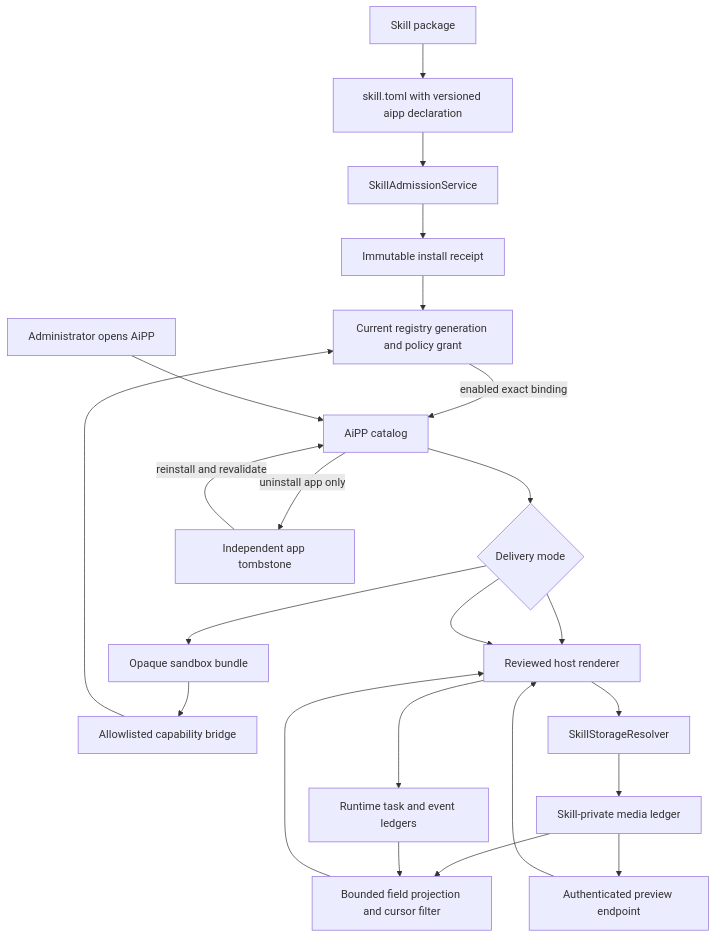
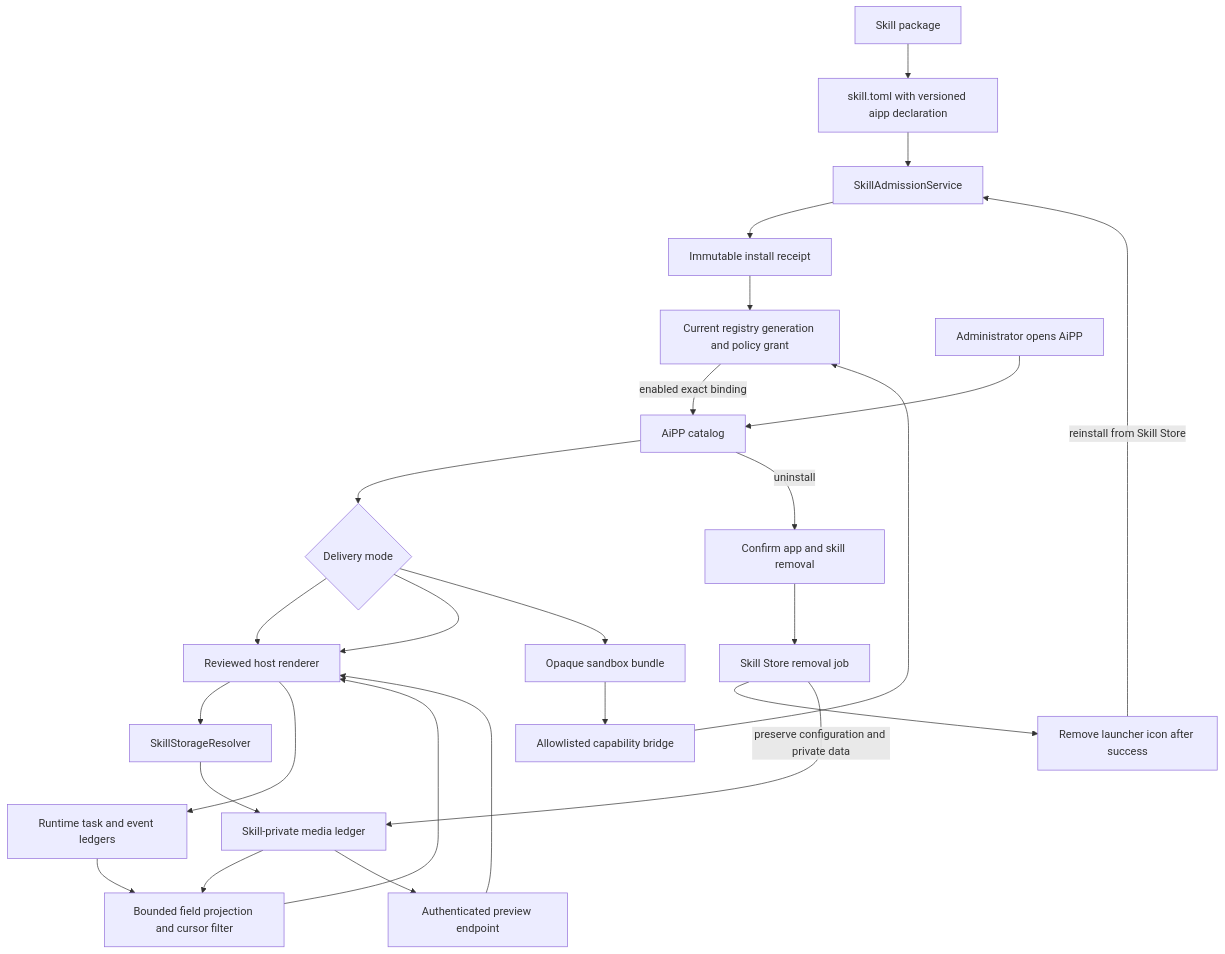
Before and after one commit to MatrixCoreX/RustClaw: the diagram in docs/architecture/14-aipp-skill-companions.md, drawn with Mermaid. The commit also changed other lines of this file and 14 other files, not shown here.

Commit message:
fix(ui): uninstall AiAPP with its skill and remove launcher icon

````diff
--- a/docs/architecture/14-aipp-skill-companions.md
+++ b/docs/architecture/14-aipp-skill-companions.md
@@ -54,30 +54,33 @@
 ```mermaid
 flowchart TD
     P[Skill package]
     M[skill.toml with versioned aipp declaration]
     A[SkillAdmissionService]
     R[Immutable install receipt]
     G[Current registry generation and policy grant]
     C[AiPP catalog]
     U[Administrator opens AiPP]
     H{Delivery mode}
     HR[Reviewed host renderer]
     SB[Opaque sandbox bundle]
     CB[Allowlisted capability bridge]
     S[SkillStorageResolver]
     D[Skill-private media ledger]
     TL[Runtime task and event ledgers]
     F[Bounded field projection and cursor filter]
     V[Authenticated preview endpoint]
-    T[Independent app tombstone]
+    T[Confirm app and skill removal]
+    J[Skill Store removal job]
+    X[Remove launcher icon after success]
 
     P --> M --> A --> R --> G
     G -->|enabled exact binding| C
     U --> C --> H
     H --> HR --> S --> D --> F --> HR
     H --> HR --> TL --> F
     D --> V --> HR
     H --> SB --> CB --> G
-    C -->|uninstall app only| T
-    T -->|reinstall and revalidate| C
+    C -->|uninstall| T --> J --> X
+    J -->|preserve configuration and private data| D
+    X -->|reinstall from Skill Store| A
 ```
````
